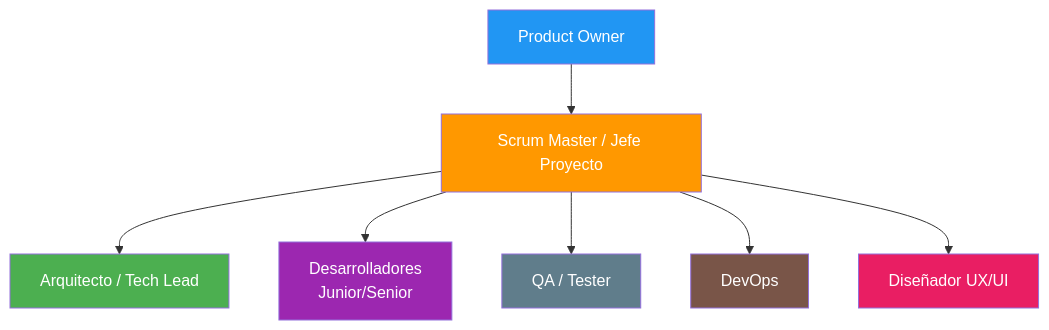
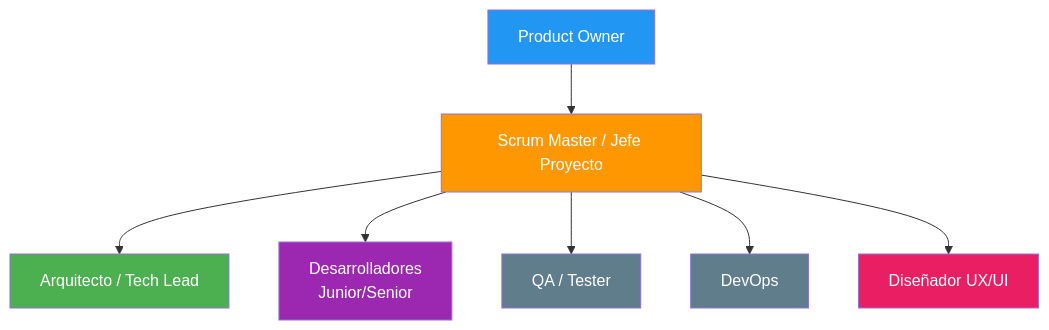
Before and after one commit to joseluisgs/EntornosDesarrollo-01-2026-2027: the third of 3 diagrams in 08-perfiles.md, drawn with Mermaid. The commit also changed other lines of this file and 8 other files, not shown here.

````diff
--- a/08-perfiles.md
+++ b/08-perfiles.md
@@ -275,17 +275,17 @@
 ```mermaid
 graph TD
     A[Product Owner] --> B[Scrum Master / Jefe Proyecto]
     B --> C[Arquitecto / Tech Lead]
     B --> D[Desarrolladores<br/>Junior/Senior]
     B --> E[QA / Tester]
     B --> F[DevOps]
     B --> G[Diseñador UX/UI]
 
     style A fill:#2196F3,color:#fff
     style B fill:#FF9800,color:#fff
     style C fill:#4CAF50,color:#fff
     style D fill:#9C27B0,color:#fff
     style E fill:#607D8B,color:#fff
-    style F fill:#795548,color:#fff
+    style F fill:#607D8B,color:#fff
     style G fill:#E91E63,color:#fff
 ```
````
